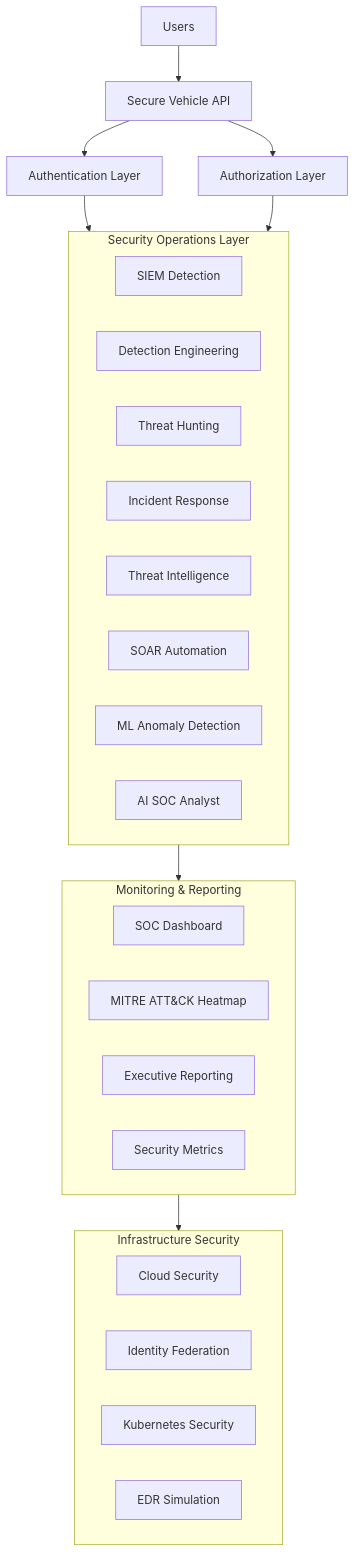
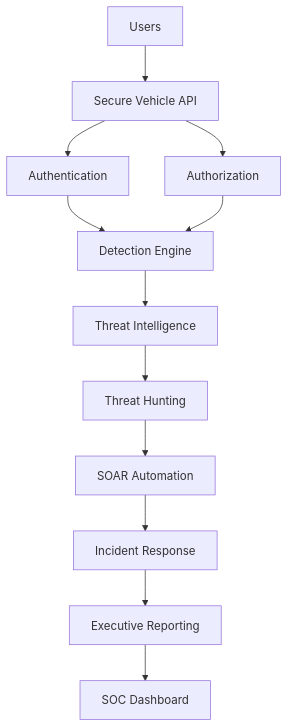
The diagram in README.md (jameschristina/secure-vehicle-api-zero-trust), drawn with Mermaid before and after one commit. The commit also changed other lines of this file, not shown here.

````diff
--- a/README.md
+++ b/README.md
@@ -245,40 +40,24 @@
 ```mermaid
 flowchart TD
 
     U[Users] --> API[Secure Vehicle API]
 
-    API --> AUTH[Authentication Layer]
-    API --> AUTHZ[Authorization Layer]
+    API --> AUTH[Authentication]
+    API --> AUTHZ[Authorization]
 
-    AUTH --> SOC
-    AUTHZ --> SOC
+    AUTH --> DET
+    AUTHZ --> DET
 
-    subgraph SOC[Security Operations Layer]
-        SIEM[SIEM Detection]
-        DET[Detection Engineering]
-        TH[Threat Hunting]
-        IR[Incident Response]
-        TI[Threat Intelligence]
-        SOAR[SOAR Automation]
-        ML[ML Anomaly Detection]
-        AI[AI SOC Analyst]
-    end
+    DET[Detection Engine]
+        --> TI[Threat Intelligence]
 
-    SOC --> MON
+    TI --> TH[Threat Hunting]
 
-    subgraph MON[Monitoring & Reporting]
-        DASH[SOC Dashboard]
-        HEAT[MITRE ATT&CK Heatmap]
-        EXEC[Executive Reporting]
-        METRICS[Security Metrics]
-    end
+    TH --> SOAR[SOAR Automation]
 
-    MON --> INFRA
+    SOAR --> IR[Incident Response]
 
-    subgraph INFRA[Infrastructure Security]
-        CLOUD[Cloud Security]
-        FED[Identity Federation]
-        K8S[Kubernetes Security]
-        EDR[EDR Simulation]
-    end
+    IR --> EXEC[Executive Reporting]
+
+    EXEC --> DASH[SOC Dashboard]
 ```
````
